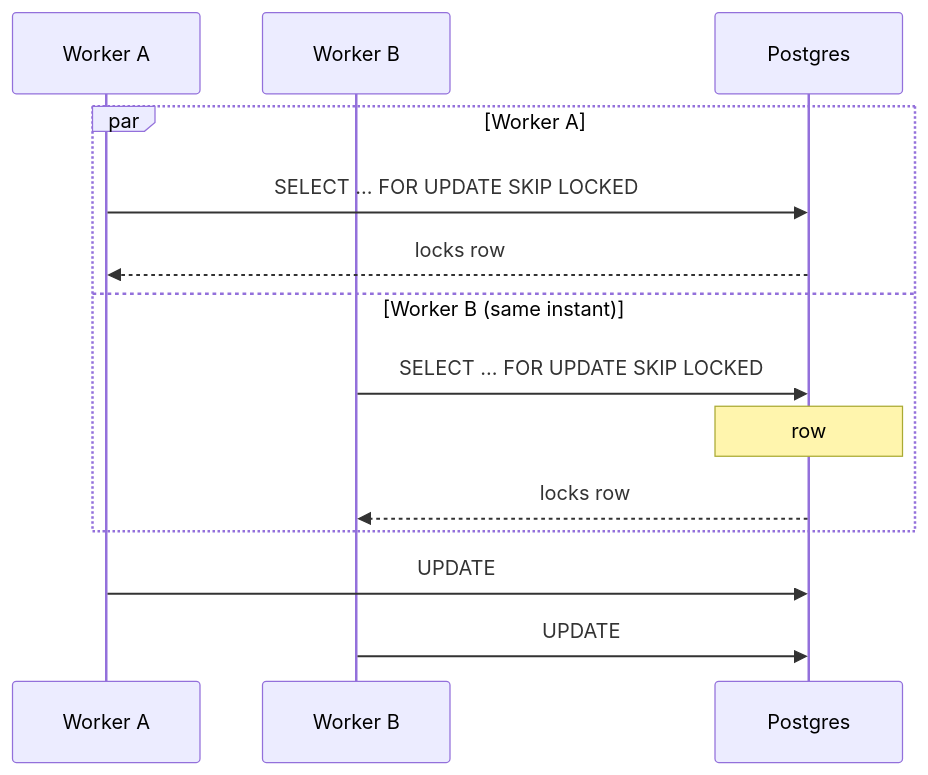
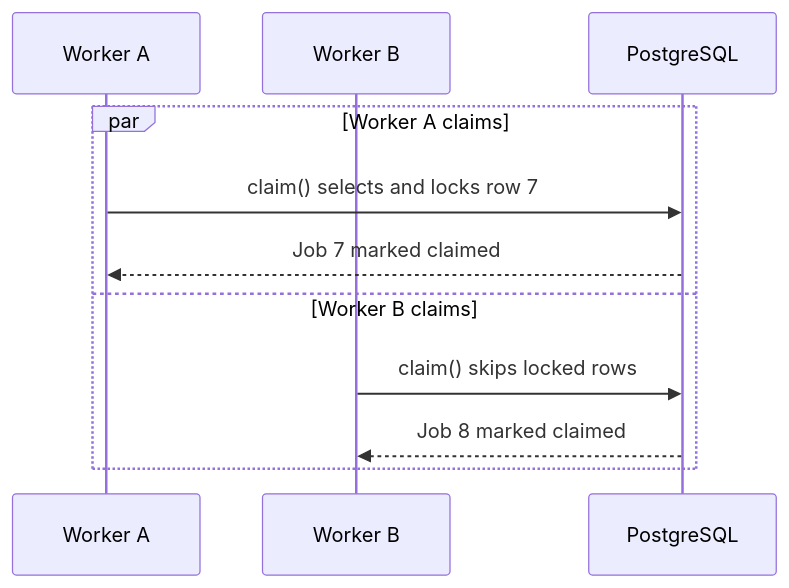
The fourth of 8 diagrams in README.md (amanxsays/Sluice), drawn with Mermaid before and after one commit. The commit also changed other lines of this file and 41 other files, not shown here.

````diff
--- a/README.md
+++ b/README.md
@@ -193,18 +209,14 @@
 ```mermaid
 sequenceDiagram
     participant A as Worker A
     participant B as Worker B
-    participant DB as Postgres
+    participant DB as PostgreSQL
 
-    par Worker A
-        A->>DB: SELECT ... FOR UPDATE SKIP LOCKED
-        DB-->>A: locks row #7
-    and Worker B (same instant)
-        B->>DB: SELECT ... FOR UPDATE SKIP LOCKED
-        Note over DB: row #7 already locked → skipped
-        DB-->>B: locks row #8 instead
+    par Worker A claims
+        A->>DB: claim() selects and locks row 7
+        DB-->>A: Job 7 marked claimed
+    and Worker B claims
+        B->>DB: claim() skips locked rows
+        DB-->>B: Job 8 marked claimed
     end
-
-    A->>DB: UPDATE #7 SET status='claimed'
-    B->>DB: UPDATE #8 SET status='claimed'
 ```
````
